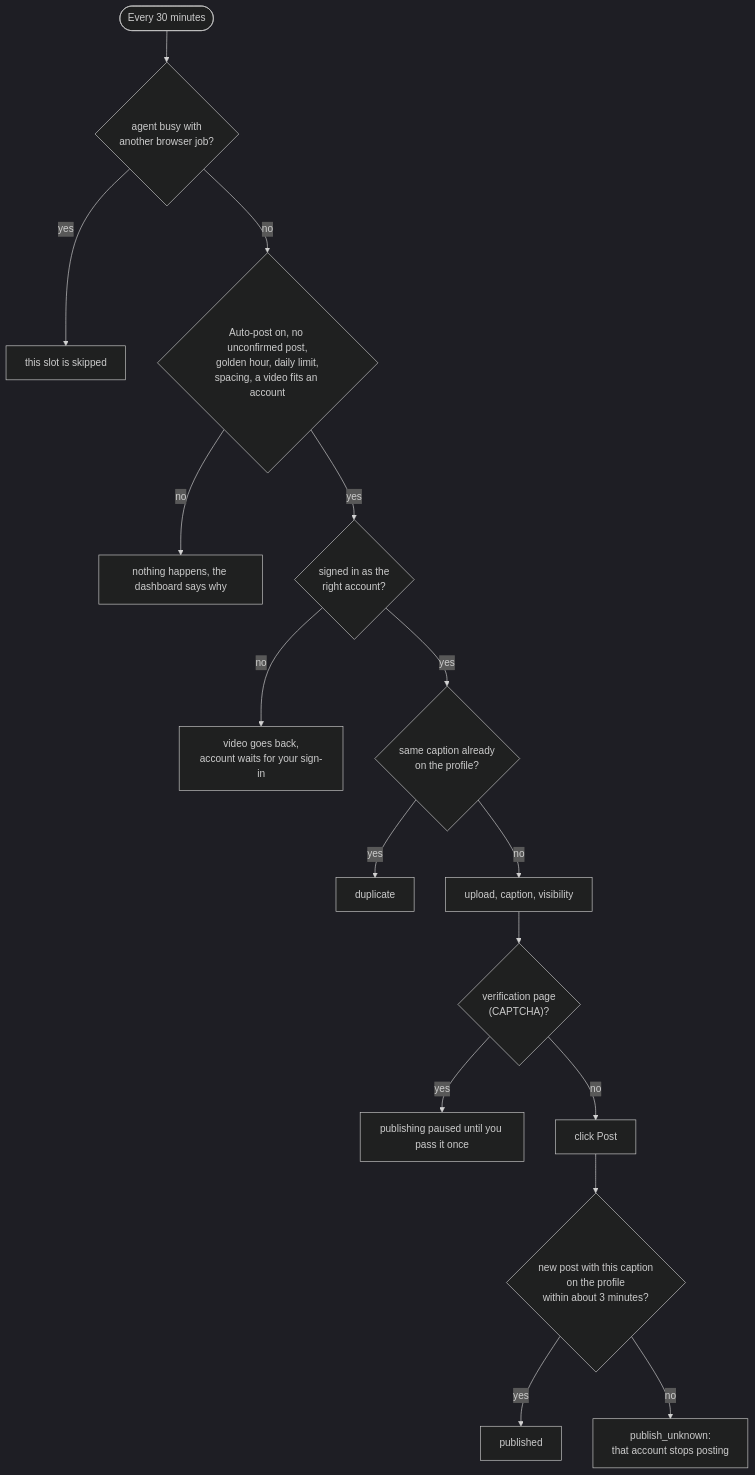
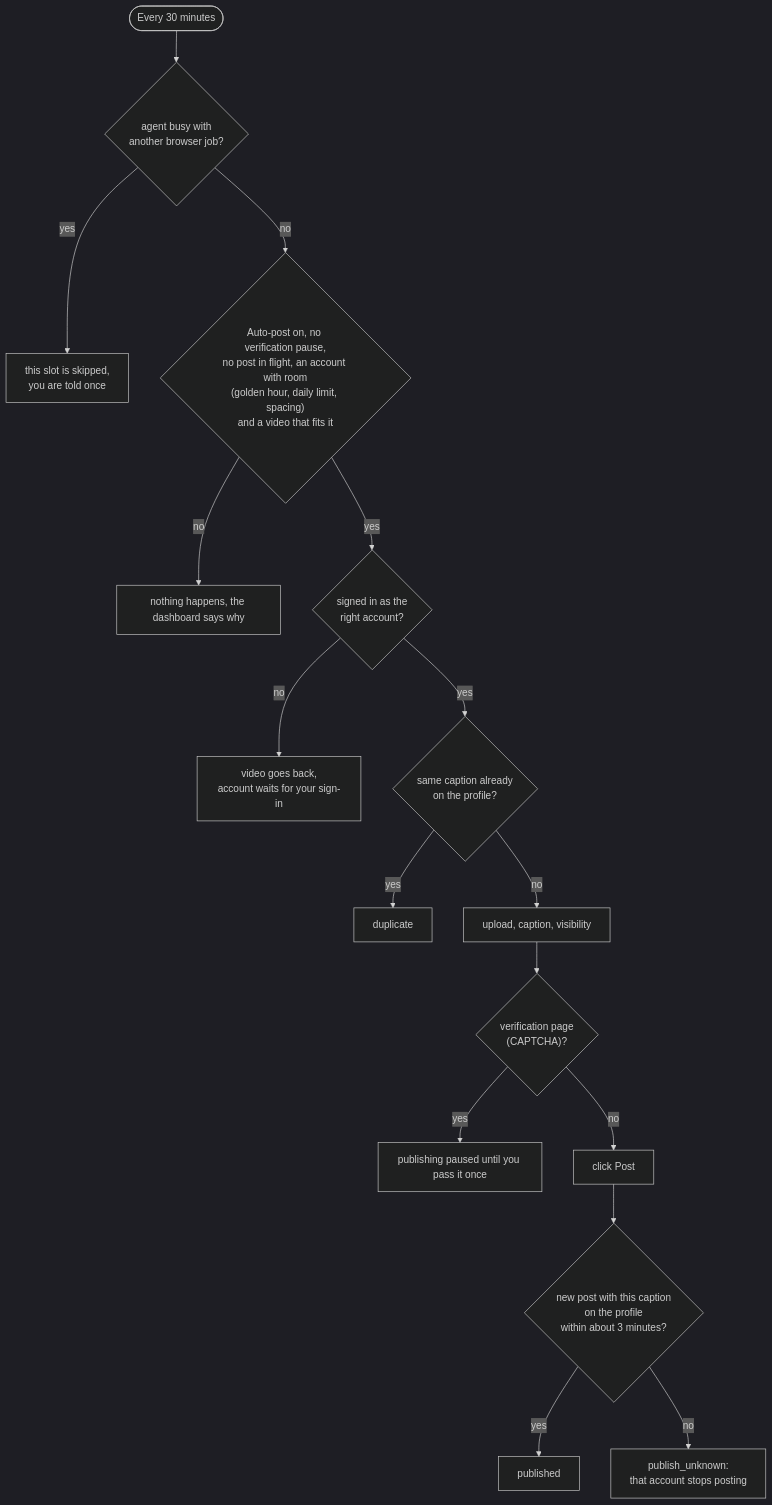
Before and after one commit to Thuy200226/trendvn: the third of 4 diagrams in docs/FLOWS.md, drawn with Mermaid (dark theme). The commit also changed other lines of this file and 12 other files, not shown here.

````diff
--- a/docs/FLOWS.md
+++ b/docs/FLOWS.md
@@ -95,18 +105,18 @@
 ```mermaid
 flowchart TD
   T(["Every 30 minutes"]) --> B{"agent busy with<br/>another browser job?"}
-  B -- yes --> X["this slot is skipped"]
-  B -- no --> G{"Auto-post on, no unconfirmed post,<br/>golden hour, daily limit,<br/>spacing, a video fits an account"}
+  B -- yes --> X["this slot is skipped,<br/>you are told once"]
+  B -- no --> G{"Auto-post on, no verification pause,<br/>no post in flight, an account with room<br/>(golden hour, daily limit, spacing)<br/>and a video that fits it"}
   G -- no --> N["nothing happens, the dashboard says why"]
   G -- yes --> L{"signed in as the<br/>right account?"}
   L -- no --> SO["video goes back,<br/>account waits for your sign-in"]
   L -- yes --> DUP{"same caption already<br/>on the profile?"}
   DUP -- yes --> D["duplicate"]
   DUP -- no --> UP["upload, caption, visibility"]
   UP --> CAP{"verification page<br/>(CAPTCHA)?"}
   CAP -- yes --> CP["publishing paused until you pass it once"]
   CAP -- no --> CLICK["click Post"]
   CLICK --> CONF{"new post with this caption<br/>on the profile<br/>within about 3 minutes?"}
   CONF -- yes --> OK["published"]
   CONF -- no --> UNK["publish_unknown:<br/>that account stops posting"]
 ```
````
